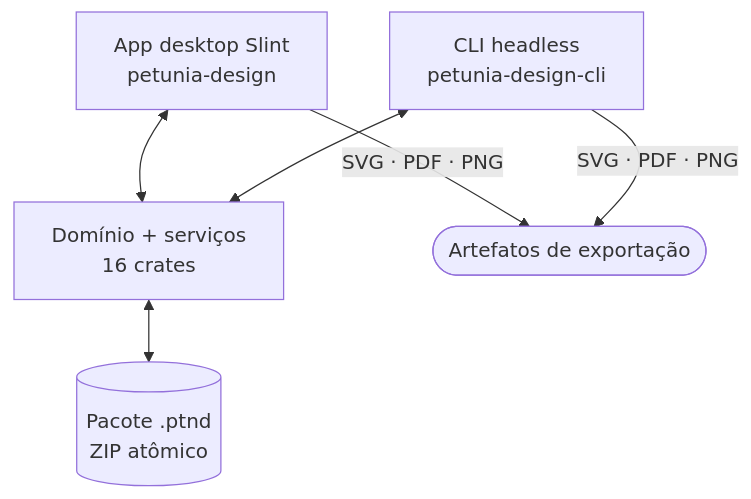
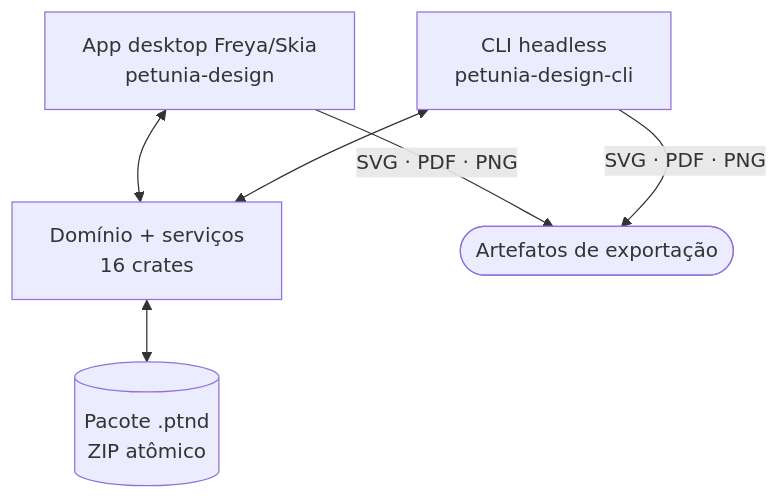
Before and after one commit to raillen/petunia-design-studio: the second of 3 diagrams in docs/pt/developers/architecture.md, drawn with Mermaid. The commit also changed other lines of this file and 102 other files, not shown here.

````diff
--- a/docs/pt/developers/architecture.md
+++ b/docs/pt/developers/architecture.md
@@ -22,12 +24,12 @@
 ```mermaid
 flowchart TB
-  APP[App desktop Slint<br/>petunia-design]
+  APP[App desktop Freya/Skia<br/>petunia-design]
   CLI[CLI headless<br/>petunia-design-cli]
   CORE[Domínio + serviços<br/>16 crates]
   STORE[(Pacote .ptnd<br/>ZIP atômico)]
   APP <--> CORE
   CLI <--> CORE
   CORE <--> STORE
   APP -->|SVG · PDF · PNG| OUT([Artefatos de exportação])
   CLI -->|SVG · PDF · PNG| OUT
 ```
````
